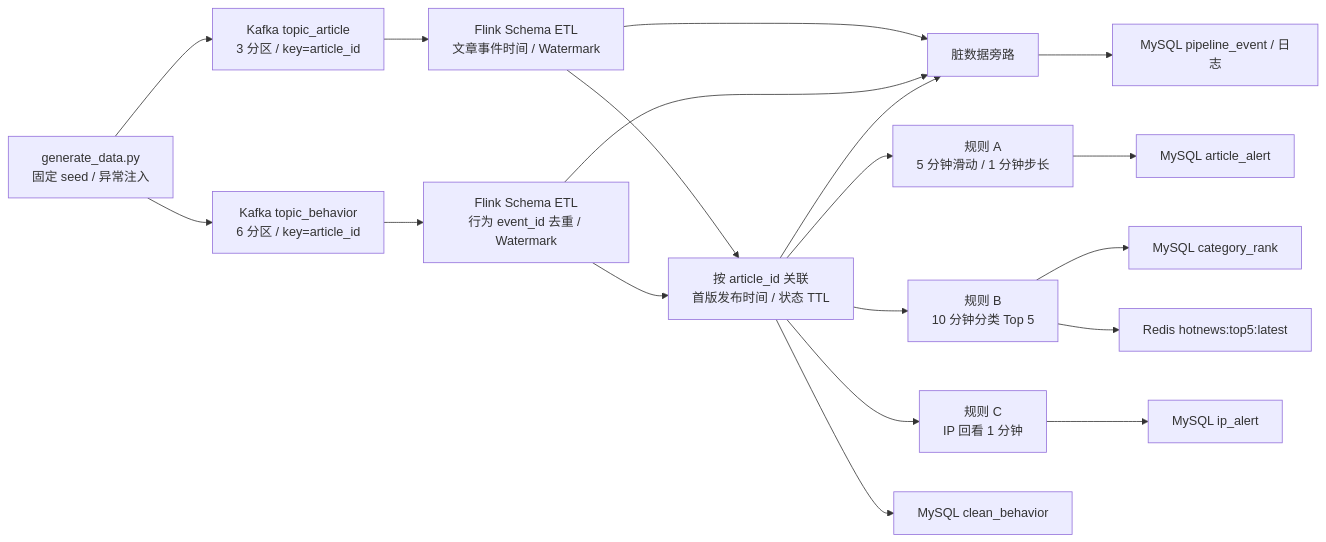
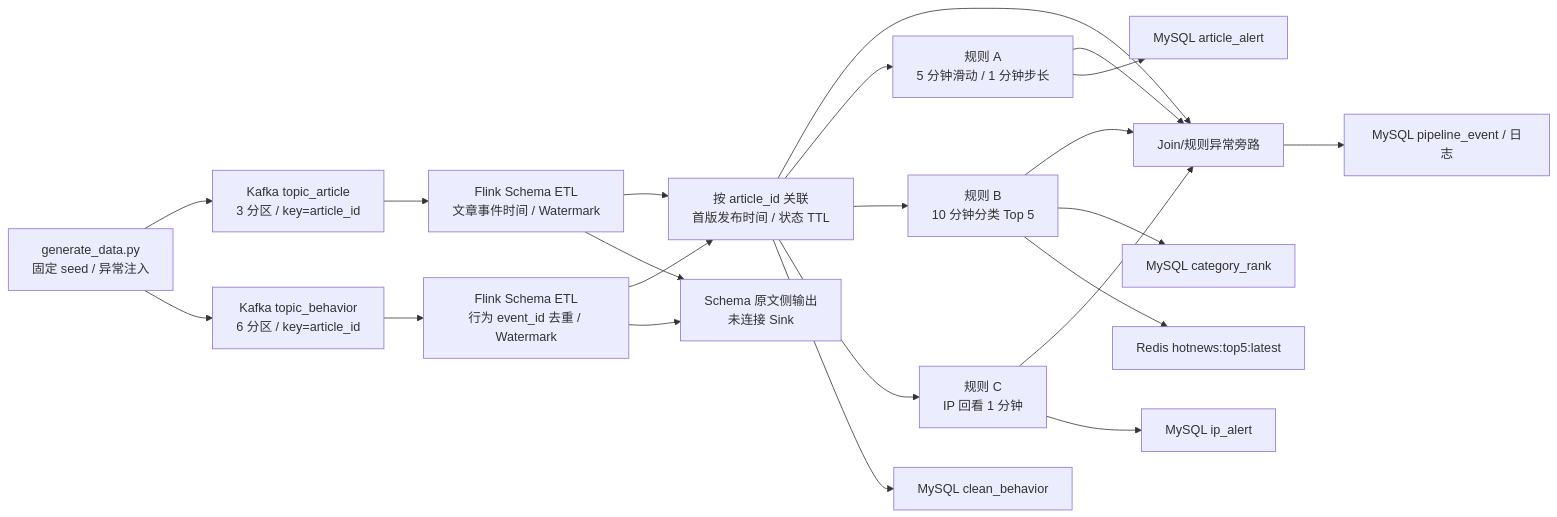
The diagram in readme.md (843616120/hotnews-realtime), drawn with Mermaid before and after one commit. The commit also changed other lines of this file and 90 other files, not shown here.

````diff
--- a/readme.md
+++ b/readme.md
@@ -7,21 +7,24 @@
 ```mermaid
 flowchart LR
     G["generate_data.py<br/>固定 seed / 异常注入"] --> KA["Kafka topic_article<br/>3 分区 / key=article_id"]
     G --> KB["Kafka topic_behavior<br/>6 分区 / key=article_id"]
     KA --> E["Flink Schema ETL<br/>文章事件时间 / Watermark"]
     KB --> D["Flink Schema ETL<br/>行为 event_id 去重 / Watermark"]
     E --> J["按 article_id 关联<br/>首版发布时间 / 状态 TTL"]
     D --> J
-    E --> X["脏数据旁路"]
-    D --> X
-    J --> X
+    E --> U["Schema 原文侧输出<br/>未连接 Sink"]
+    D --> U
+    J --> X["Join/规则异常旁路"]
     J --> A["规则 A<br/>5 分钟滑动 / 1 分钟步长"]
     J --> B["规则 B<br/>10 分钟分类 Top 5"]
     J --> C["规则 C<br/>IP 回看 1 分钟"]
+    A --> X
+    B --> X
+    C --> X
     J --> M["MySQL clean_behavior"]
     A --> M2["MySQL article_alert"]
     B --> M3["MySQL category_rank"]
     C --> M4["MySQL ip_alert"]
     B --> R["Redis hotnews:top5:latest"]
     X --> M5["MySQL pipeline_event / 日志"]
 ```
````
